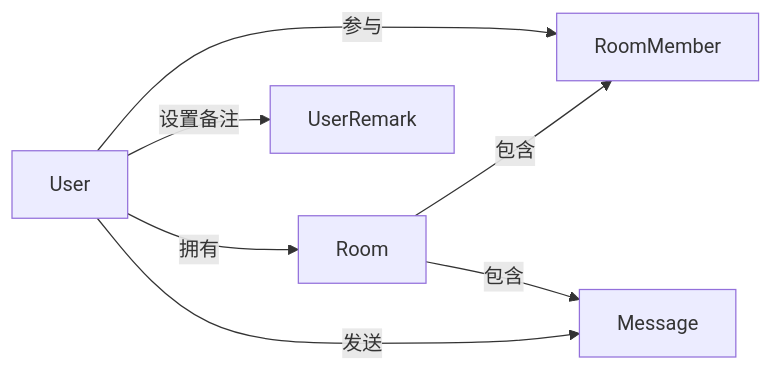
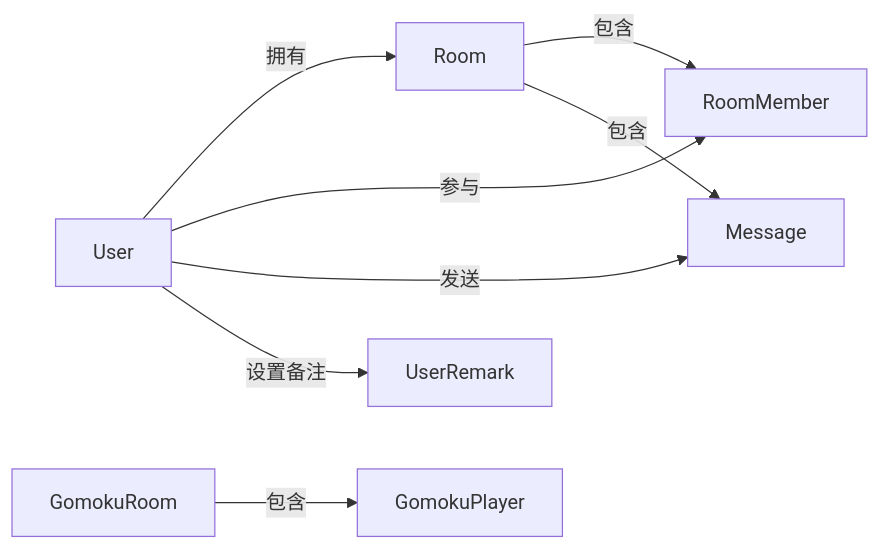
Before and after one commit to HaoDuoYv/websocket_chat: the third of 4 diagrams in Technical_Architecture.md, drawn with Mermaid. The commit also changed other lines of this file and 7 other files, not shown here.

````diff
--- a/Technical_Architecture.md
+++ b/Technical_Architecture.md
@@ -158,9 +205,10 @@
 ```mermaid
 graph LR
     User -- 拥有 --> Room
     User -- 参与 --> RoomMember
     Room -- 包含 --> RoomMember
     Room -- 包含 --> Message
     User -- 发送 --> Message
     User -- 设置备注 --> UserRemark
+    GomokuRoom -- 包含 --> GomokuPlayer
 ```
````
